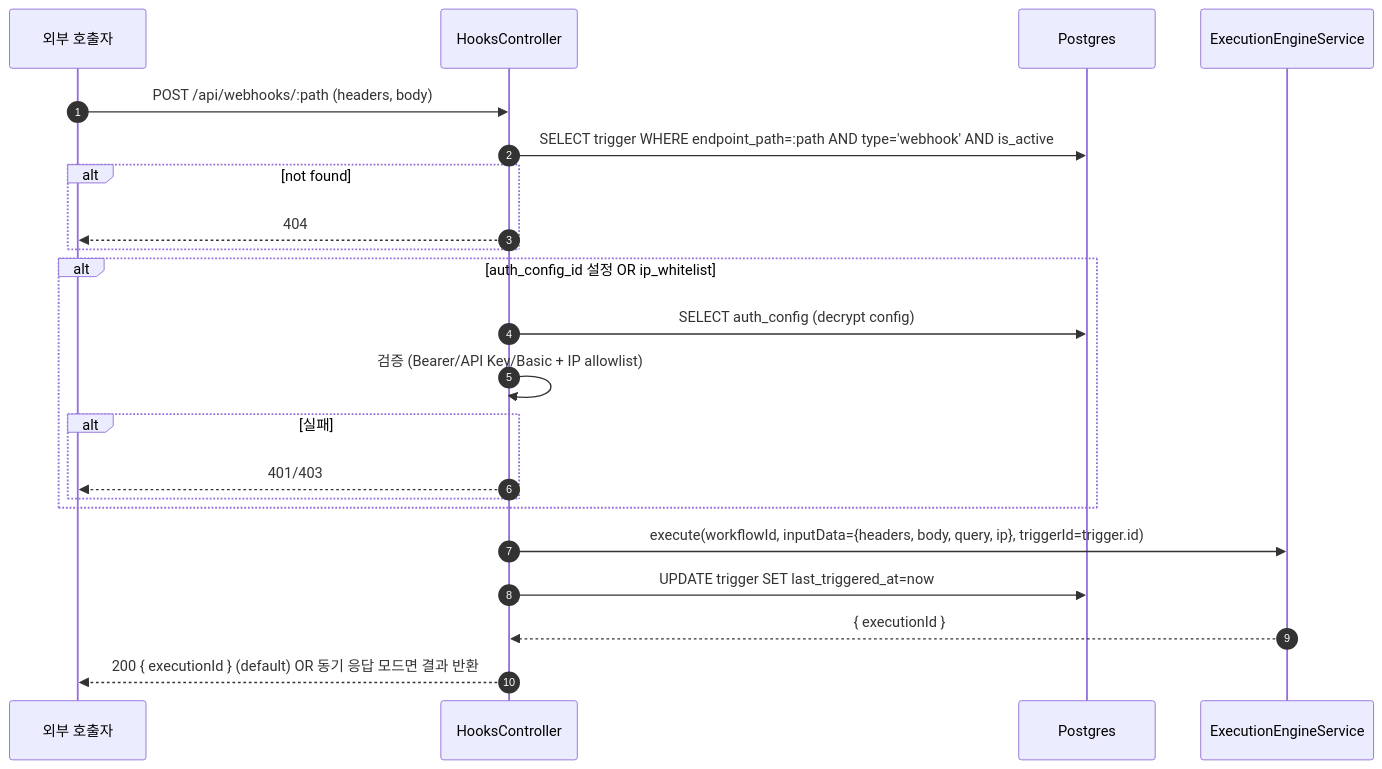
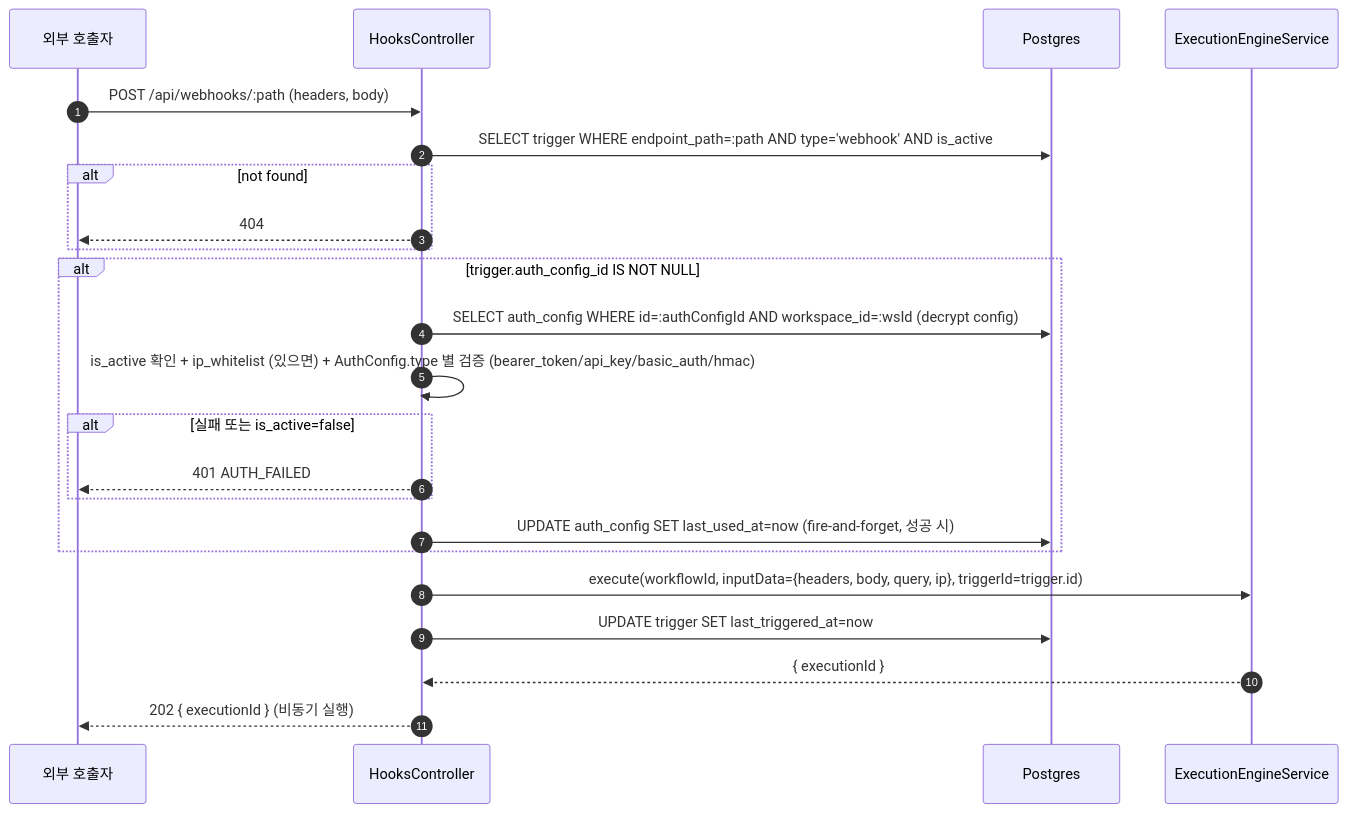
The second of 3 diagrams in spec/data-flow/10-triggers.md (worker-ants/clemvion), drawn with Mermaid before and after one commit. The commit also changed other lines of this file and 25 other files, not shown here.

First line of the commit message:
docs(spec): webhook 인증을 AuthConfig vault 로 wiring + AuthConfig 도메인 보강

````diff
--- a/spec/data-flow/10-triggers.md
+++ b/spec/data-flow/10-triggers.md
@@ -46,25 +46,26 @@
 ```mermaid
 sequenceDiagram
   autonumber
   participant Ext as 외부 호출자
   participant Hk as HooksController
   participant PG as Postgres
   participant Eng as ExecutionEngineService
 
   Ext->>Hk: POST /api/webhooks/:path (headers, body)
   Hk->>PG: SELECT trigger WHERE endpoint_path=:path AND type='webhook' AND is_active
   alt not found
     Hk-->>Ext: 404
   end
-  alt auth_config_id 설정 OR ip_whitelist
-    Hk->>PG: SELECT auth_config (decrypt config)
-    Hk->>Hk: 검증 (Bearer/API Key/Basic + IP allowlist)
-    alt 실패
-      Hk-->>Ext: 401/403
+  alt trigger.auth_config_id IS NOT NULL
+    Hk->>PG: SELECT auth_config WHERE id=:authConfigId AND workspace_id=:wsId (decrypt config)
+    Hk->>Hk: is_active 확인 + ip_whitelist (있으면) + AuthConfig.type 별 검증 (bearer_token/api_key/basic_auth/hmac)
+    alt 실패 또는 is_active=false
+      Hk-->>Ext: 401 AUTH_FAILED
     end
+    Hk->>PG: UPDATE auth_config SET last_used_at=now (fire-and-forget, 성공 시)
   end
   Hk->>Eng: execute(workflowId, inputData={headers, body, query, ip}, triggerId=trigger.id)
   Hk->>PG: UPDATE trigger SET last_triggered_at=now
   Eng-->>Hk: { executionId }
-  Hk-->>Ext: 200 { executionId } (default) OR 동기 응답 모드면 결과 반환
+  Hk-->>Ext: 202 { executionId } (비동기 실행)
 ```
````
